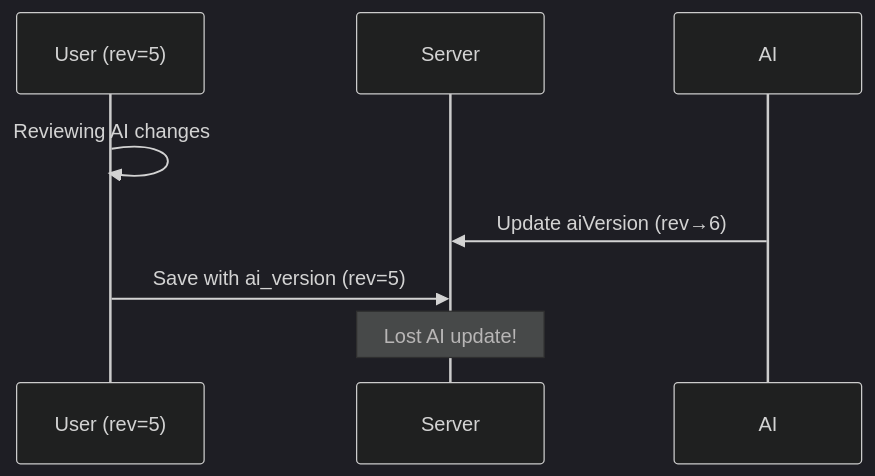
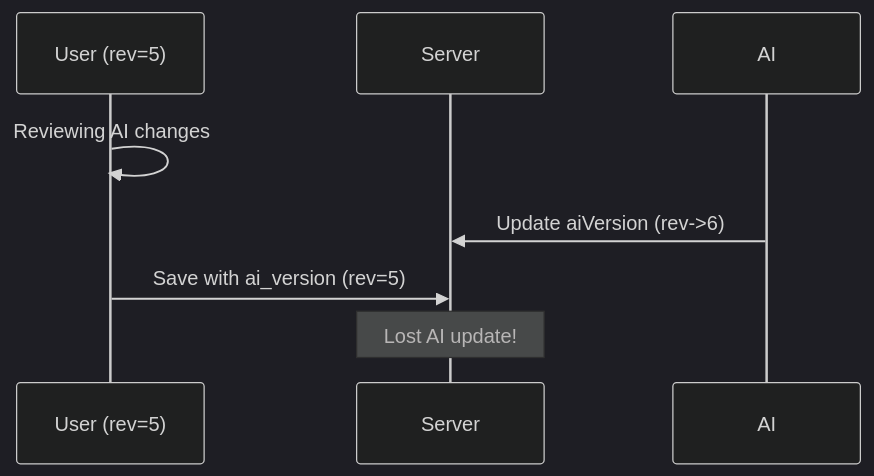
The first of 4 diagrams in _docs/technical/frontend/inline-editing/concurrency-model.md (haowjy/meridian-flow), drawn with Mermaid (dark theme) before and after one commit. The commit also changed other lines of this file and 132 other files, not shown here.

````diff
--- a/_docs/technical/frontend/inline-editing/concurrency-model.md
+++ b/_docs/technical/frontend/inline-editing/concurrency-model.md
@@ -11,11 +11,11 @@
 ```mermaid
 sequenceDiagram
     participant User as User (rev=5)
     participant Server
     participant AI
 
     User->>User: Reviewing AI changes
-    AI->>Server: Update aiVersion (rev→6)
+    AI->>Server: Update aiVersion (rev->6)
     User->>Server: Save with ai_version (rev=5)
     Note over Server: Lost AI update!
 ```
````
